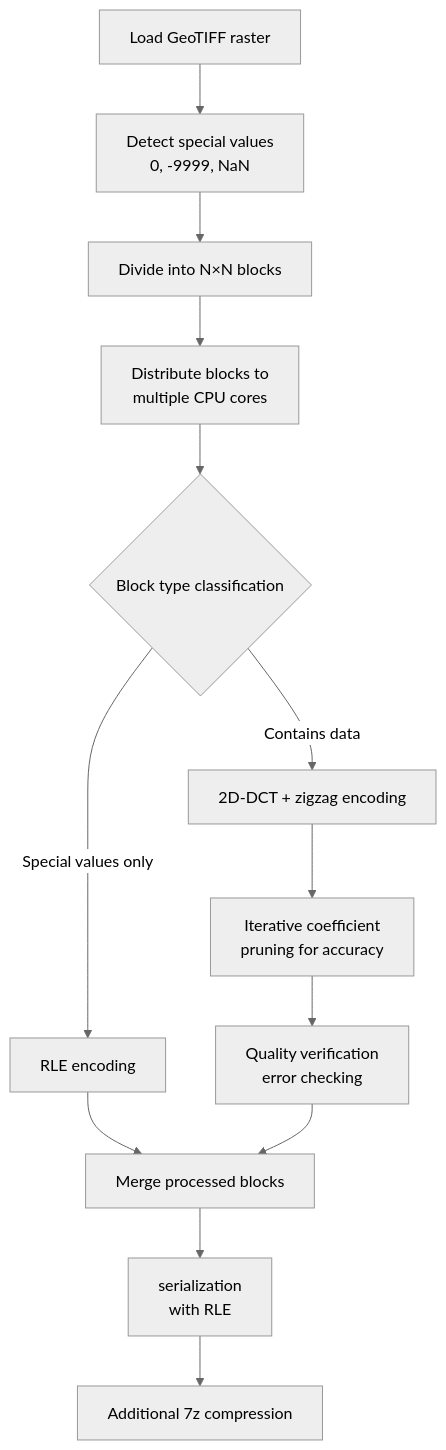
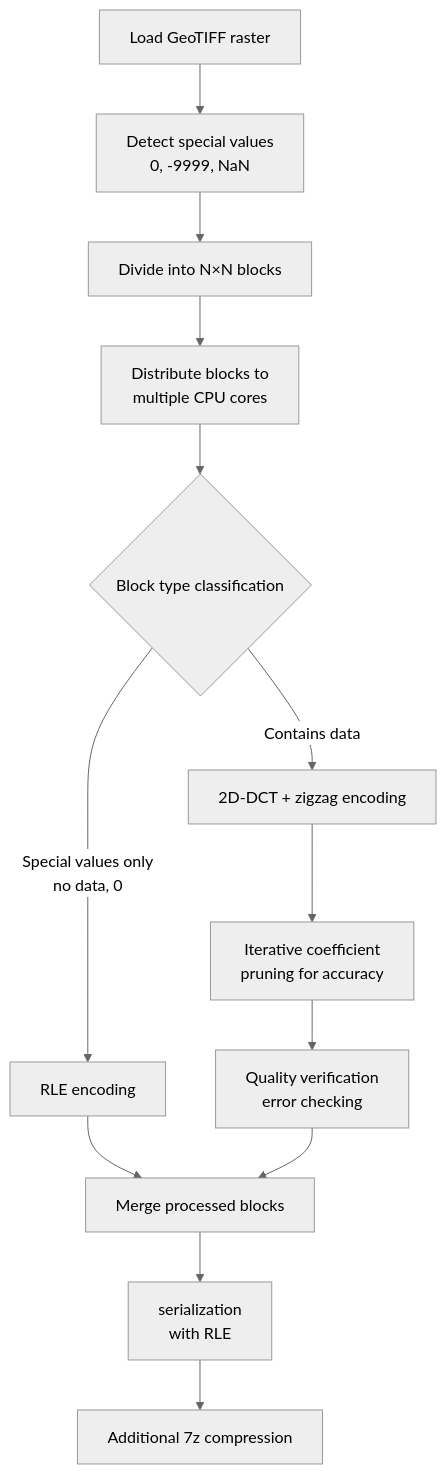
Before and after one commit to ZSIP/FIDWaC: the second of 2 diagrams in README.md, drawn with Mermaid (neutral theme).

````diff
--- a/README.md
+++ b/README.md
@@ -186,15 +186,15 @@
 ```mermaid
 graph TB
     A[Load GeoTIFF raster] --> B[Detect special values<br>0, -9999, NaN]
     B --> C[Divide into N×N blocks]
     C --> D[Distribute blocks to<br>multiple CPU cores]
     D --> E{Block type classification}
-    E -->|Special values only| F1[RLE encoding]
+    E -->|Special values only <br> no data, 0 | F1[RLE encoding]
     E -->|Contains data| F2[2D-DCT + zigzag encoding]
     F2 --> G[Iterative coefficient<br>pruning for accuracy]
     G --> H[Quality verification<br>error checking]
     F1 --> I[Merge processed blocks]
     H --> I
     I --> J[serialization<br>with RLE]
     J --> K[Additional 7z compression]
 ```
````
